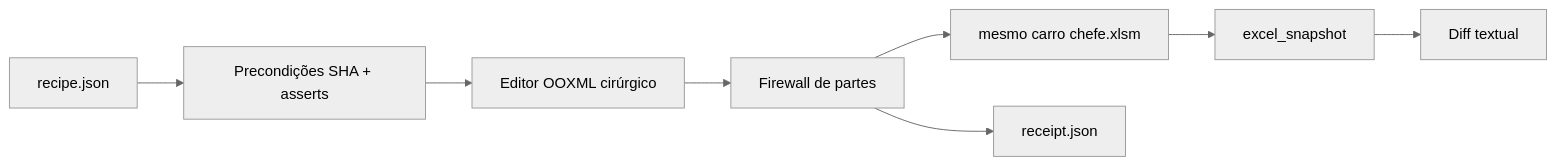
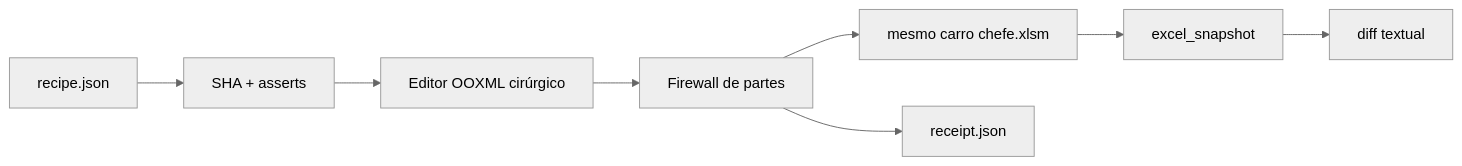
The diagram in docs/EXCEL_RECIPE_V1.md (victorgabriel2v6g8m4s-cmd/carro-chefe), drawn with Mermaid (neutral theme) before and after one commit. The commit also changed other lines of this file, not shown here.

Commit message:
docs: consolidar garantias e limites do Excel Recipe V1

````diff
--- a/docs/EXCEL_RECIPE_V1.md
+++ b/docs/EXCEL_RECIPE_V1.md
@@ -9,10 +15,10 @@
 ```mermaid
 flowchart LR
-    R[recipe.json] --> PRE[Precondições SHA + asserts]
+    R[recipe.json] --> PRE[SHA + asserts]
     PRE --> PKG[Editor OOXML cirúrgico]
     PKG --> FW[Firewall de partes]
     FW --> XLSM[mesmo carro chefe.xlsm]
     XLSM --> SNAP[excel_snapshot]
-    SNAP --> DIFF[Diff textual]
+    SNAP --> DIFF[diff textual]
     FW --> REC[receipt.json]
 ```
````
